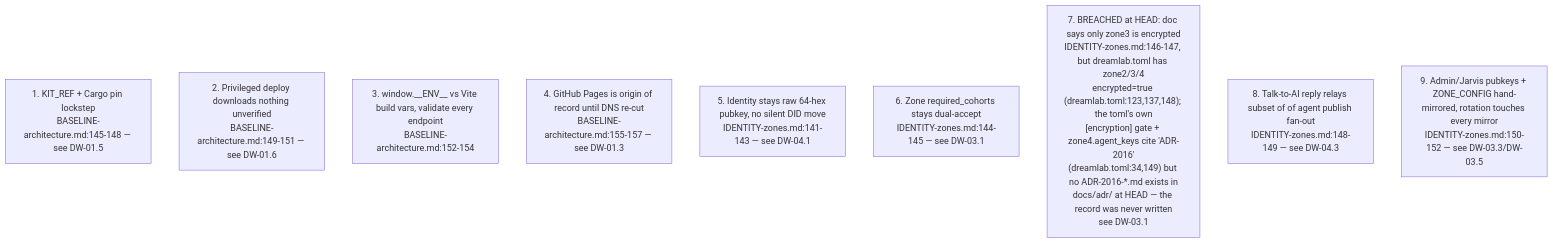
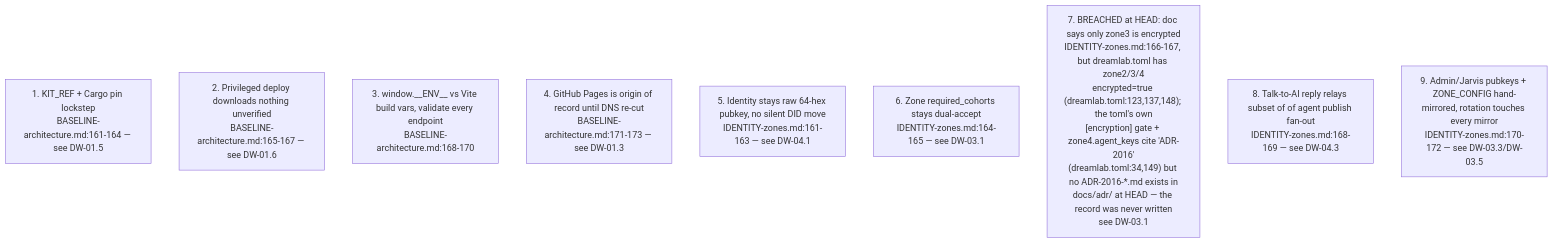
The fourth of 7 diagrams in docs/diagrams/dreamlab-ai-website/06-content-pipeline-and-invariants-register.md (DreamLab-AI/VisionFlow), drawn with Mermaid before and after one commit. The commit also changed other lines of this file and 111 other files, not shown here.

Commit message:
docs(diagrams): align estate maps with current source

````diff
--- a/docs/diagrams/dreamlab-ai-website/06-content-pipeline-and-invariants-register.md
+++ b/docs/diagrams/dreamlab-ai-website/06-content-pipeline-and-invariants-register.md
@@ -87,12 +87,12 @@
 ```mermaid
 flowchart TB
-    I1["1. KIT_REF + Cargo pin lockstep<br/>BASELINE-architecture.md:145-148 — see DW-01.5"]
-    I2["2. Privileged deploy downloads nothing unverified<br/>BASELINE-architecture.md:149-151 — see DW-01.6"]
-    I3["3. window.__ENV__ vs Vite build vars, validate every endpoint<br/>BASELINE-architecture.md:152-154"]
-    I4["4. GitHub Pages is origin of record until DNS re-cut<br/>BASELINE-architecture.md:155-157 — see DW-01.3"]
-    I5["5. Identity stays raw 64-hex pubkey, no silent DID move<br/>IDENTITY-zones.md:141-143 — see DW-04.1"]
-    I6["6. Zone required_cohorts stays dual-accept<br/>IDENTITY-zones.md:144-145 — see DW-03.1"]
-    I7["7. BREACHED at HEAD: doc says only zone3 is encrypted<br/>IDENTITY-zones.md:146-147, but dreamlab.toml has zone2/3/4<br/>encrypted=true (dreamlab.toml:123,137,148); the toml's own<br/>[encryption] gate + zone4.agent_keys cite 'ADR-2016'<br/>(dreamlab.toml:34,149) but no ADR-2016-*.md exists in<br/>docs/adr/ at HEAD — the record was never written<br/>see DW-03.1"]
-    I8["8. Talk-to-AI reply relays subset of of agent publish fan-out<br/>IDENTITY-zones.md:148-149 — see DW-04.3"]
-    I9["9. Admin/Jarvis pubkeys + ZONE_CONFIG hand-mirrored, rotation touches every mirror<br/>IDENTITY-zones.md:150-152 — see DW-03.3/DW-03.5"]
+    I1["1. KIT_REF + Cargo pin lockstep<br/>BASELINE-architecture.md:161-164 — see DW-01.5"]
+    I2["2. Privileged deploy downloads nothing unverified<br/>BASELINE-architecture.md:165-167 — see DW-01.6"]
+    I3["3. window.__ENV__ vs Vite build vars, validate every endpoint<br/>BASELINE-architecture.md:168-170"]
+    I4["4. GitHub Pages is origin of record until DNS re-cut<br/>BASELINE-architecture.md:171-173 — see DW-01.3"]
+    I5["5. Identity stays raw 64-hex pubkey, no silent DID move<br/>IDENTITY-zones.md:161-163 — see DW-04.1"]
+    I6["6. Zone required_cohorts stays dual-accept<br/>IDENTITY-zones.md:164-165 — see DW-03.1"]
+    I7["7. BREACHED at HEAD: doc says only zone3 is encrypted<br/>IDENTITY-zones.md:166-167, but dreamlab.toml has zone2/3/4<br/>encrypted=true (dreamlab.toml:123,137,148); the toml's own<br/>[encryption] gate + zone4.agent_keys cite 'ADR-2016'<br/>(dreamlab.toml:34,149) but no ADR-2016-*.md exists in<br/>docs/adr/ at HEAD — the record was never written<br/>see DW-03.1"]
+    I8["8. Talk-to-AI reply relays subset of of agent publish fan-out<br/>IDENTITY-zones.md:168-169 — see DW-04.3"]
+    I9["9. Admin/Jarvis pubkeys + ZONE_CONFIG hand-mirrored, rotation touches every mirror<br/>IDENTITY-zones.md:170-172 — see DW-03.3/DW-03.5"]
 ```
````
